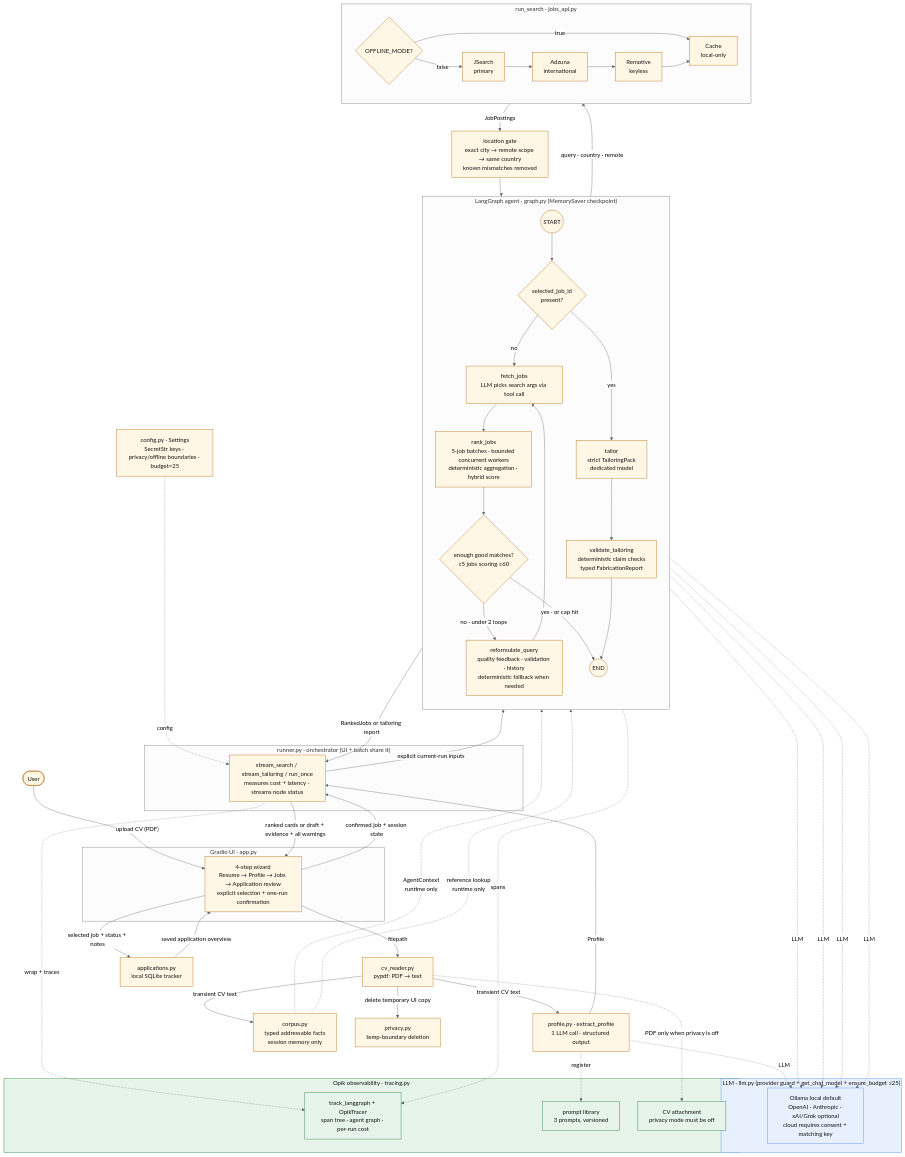
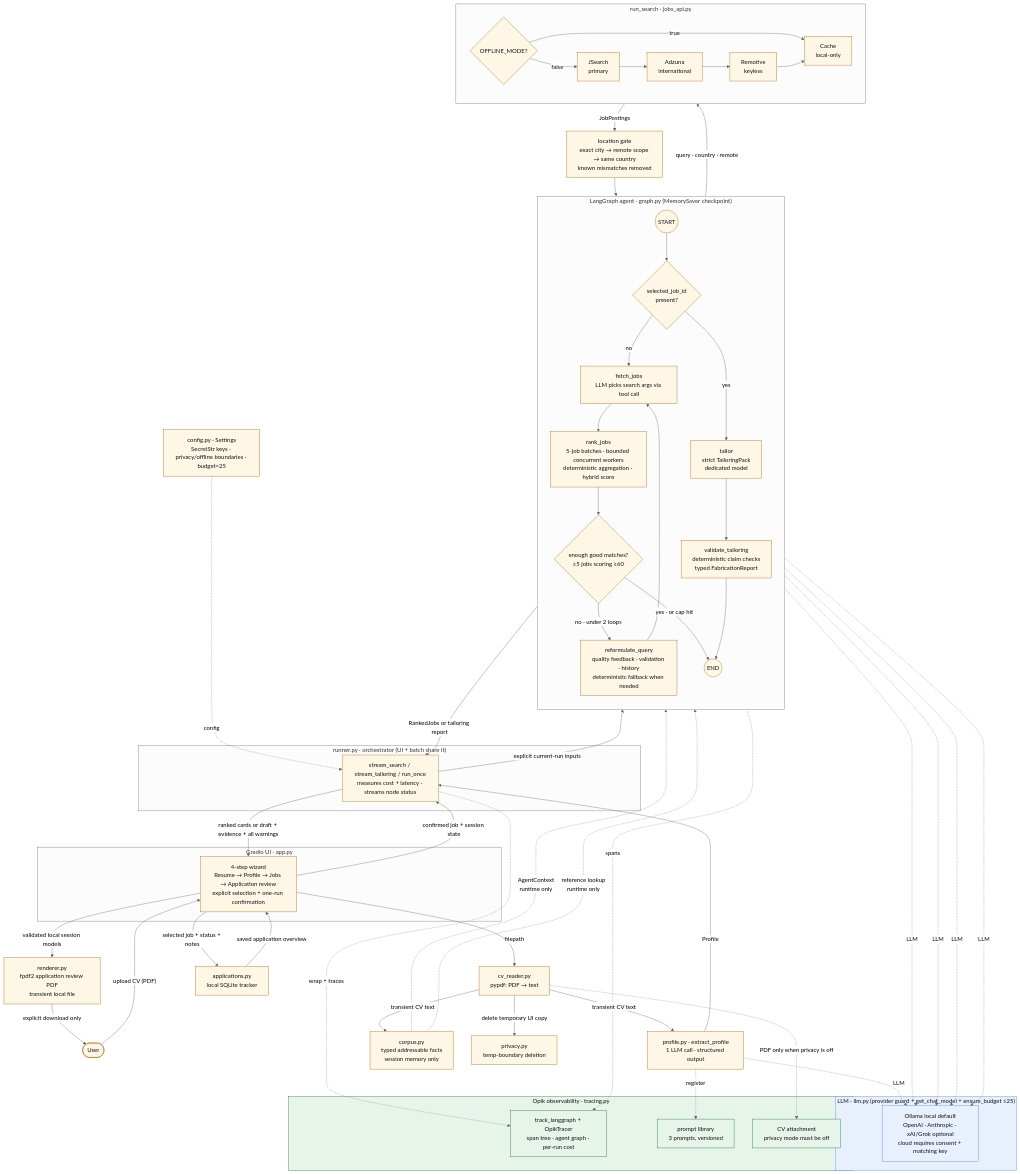
Before and after one commit to exitLQ/the-agent-that-got-me-rejected: the diagram in docs/architecture.md, drawn with Mermaid (neutral theme). The commit also changed other lines of this file and 6 other files, not shown here.

Commit message:
feat: add local application PDF export

````diff
--- a/docs/architecture.md
+++ b/docs/architecture.md
@@ -7,80 +7,82 @@
 ```mermaid
 flowchart TB
   U(["User"]) -->|"upload CV (PDF)"| UI
 
   subgraph UI_L["Gradio UI · app.py"]
     UI["4-step wizard<br/>Resume → Profile → Jobs → Application review<br/>explicit selection + one-run confirmation"]
   end
 
   UI -->|"filepath"| CVR["cv_reader.py<br/>pypdf: PDF → text"]
   CVR -->|"transient CV text"| EP["profile.py · extract_profile<br/>1 LLM call · structured output"]
   CVR -->|"transient CV text"| COR["corpus.py<br/>typed addressable facts<br/>session memory only"]
   CVR -->|"delete temporary UI copy"| DEL["privacy.py<br/>temp-boundary deletion"]
   EP -->|"Profile"| RUN
   UI -->|"confirmed job + session state"| RUN
 
   subgraph ORCH["runner.py · orchestrator (UI + batch share it)"]
     RUN["stream_search / stream_tailoring / run_once<br/>measures cost + latency · streams node status"]
   end
 
   RUN -->|"explicit current-run inputs"| G
 
   subgraph G["LangGraph agent · graph.py (MemorySaver checkpoint)"]
     direction TB
     S((START)) --> ENTRY{"selected_job_id<br/>present?"}
     ENTRY -->|"no"| FJ
     ENTRY -->|"yes"| TA["tailor<br/>strict TailoringPack<br/>dedicated model"]
     TA --> VAL["validate_tailoring<br/>deterministic claim checks<br/>typed FabricationReport"]
     FJ["fetch_jobs<br/>LLM picks search args via tool call"] --> RJ
     RJ["rank_jobs<br/>5-job batches · bounded concurrent workers<br/>deterministic aggregation · hybrid score"] --> D{"enough good matches?<br/>≥5 jobs scoring ≥60"}
     D -->|"no · under 2 loops"| RQ["reformulate_query<br/>quality feedback · validation · history<br/>deterministic fallback when needed"]
     RQ --> FJ
     D -->|"yes · or cap hit"| E((END))
     VAL --> E
   end
   COR -. "AgentContext<br/>runtime only" .-> TA
   COR -. "reference lookup<br/>runtime only" .-> VAL
 
   FJ -->|"query · country · remote"| SRCH
   subgraph SRCH["run_search · jobs_api.py"]
     direction LR
     MODE{"OFFLINE_MODE?"} -->|"true"| CA["Cache<br/>local-only"]
     MODE -->|"false"| JS["JSearch<br/>primary"]
     JS --> AZ["Adzuna<br/>international"] --> RM["Remotive<br/>keyless"] --> CA
   end
   SRCH -->|"JobPostings"| LOC["location gate<br/>exact city → remote scope → same country<br/>known mismatches removed"]
   LOC --> RJ
 
   E -->|"RankedJobs or tailoring report"| RUN
   RUN -->|"ranked cards or draft + evidence + all warnings"| UI
+  UI -->|"validated local session models"| PDF["renderer.py<br/>fpdf2 application review PDF<br/>transient local file"]
+  PDF -->|"explicit download only"| U
   UI -->|"selected job + status + notes"| DB["applications.py<br/>local SQLite tracker"]
   DB -->|"saved application overview"| UI
 
   subgraph LLM_L["LLM · llm.py (provider guard + get_chat_model + ensure_budget ≤25)"]
     OA["Ollama local default<br/>OpenAI · Anthropic · xAI/Grok optional<br/>cloud requires consent + matching key"]
   end
   EP -. "LLM" .-> OA
   FJ -. "LLM" .-> OA
   RJ -. "LLM" .-> OA
   RQ -. "LLM" .-> OA
   TA -. "LLM" .-> OA
 
   subgraph OBS["Opik observability · tracing.py"]
     TR["track_langgraph + OpikTracer<br/>span tree · agent graph · per-run cost"]
     PL["prompt library<br/>3 prompts, versioned"]
     AT["CV attachment<br/>privacy mode must be off"]
   end
   RUN -. "wrap + traces" .-> TR
   G -. "spans" .-> TR
   EP -. "register" .-> PL
   CVR -. "PDF only when privacy is off" .-> AT
 
   CFG["config.py · Settings<br/>SecretStr keys · privacy/offline boundaries · budget=25"] -. "config" .-> RUN
 
   classDef llm fill:#e8f0fe,stroke:#4285f4,color:#111;
   classDef obs fill:#e6f4ea,stroke:#137333,color:#111;
   classDef node fill:#fff7e6,stroke:#b06000,color:#111;
   class OA,LLM_L llm;
   class TR,PL,AT,OBS obs;
   class FJ,RJ,RQ,TA,VAL node;
 ```
````
